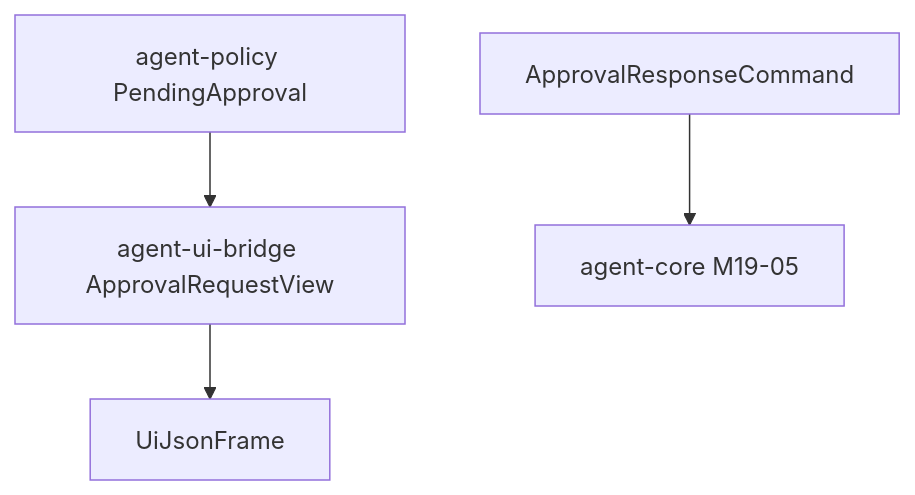
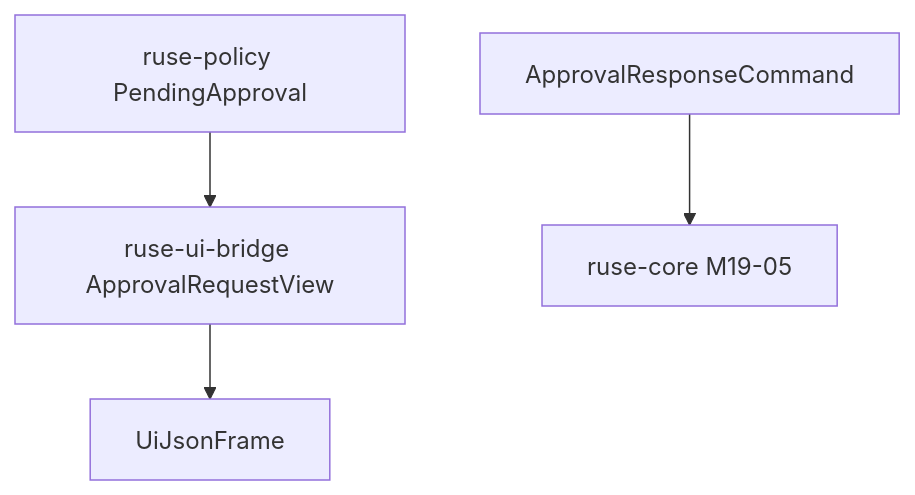
The diagram in docs/specs/M19-02-ui-approval-bridge.spec.md (poneding/agent), drawn with Mermaid before and after one commit. The commit also changed other lines of this file and 2091 other files, not shown here.

First line of the commit message:
refactor: rename agent branding to ruse

````diff
--- a/docs/specs/M19-02-ui-approval-bridge.spec.md
+++ b/docs/specs/M19-02-ui-approval-bridge.spec.md
@@ -30,6 +30,6 @@
 ```mermaid
 flowchart TD
-  Policy["agent-policy PendingApproval"] --> Bridge["agent-ui-bridge ApprovalRequestView"]
+  Policy["ruse-policy PendingApproval"] --> Bridge["ruse-ui-bridge ApprovalRequestView"]
   Bridge --> Frame["UiJsonFrame"]
-  Command["ApprovalResponseCommand"] --> Core["agent-core M19-05"]
+  Command["ApprovalResponseCommand"] --> Core["ruse-core M19-05"]
 ```
````
